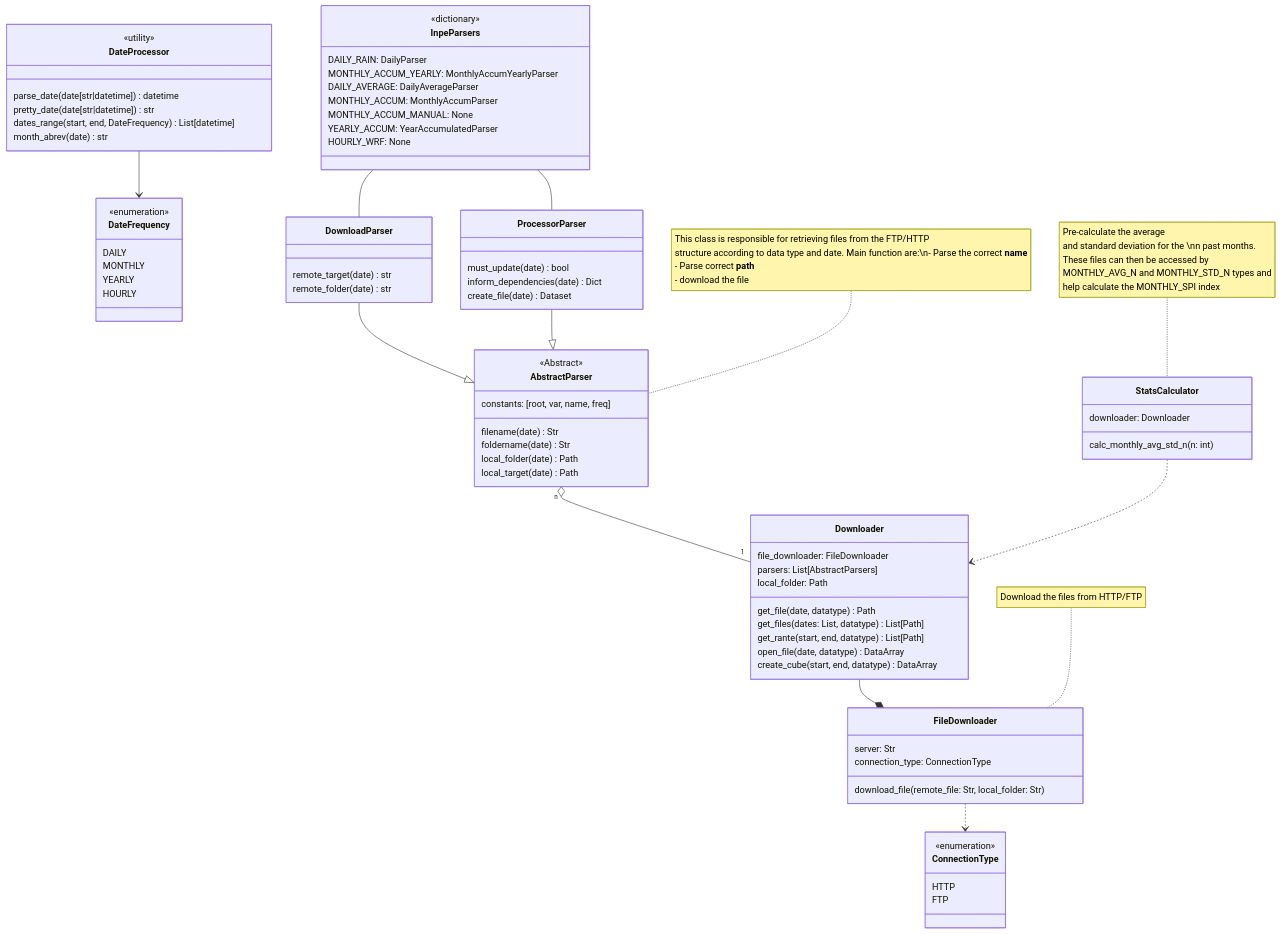
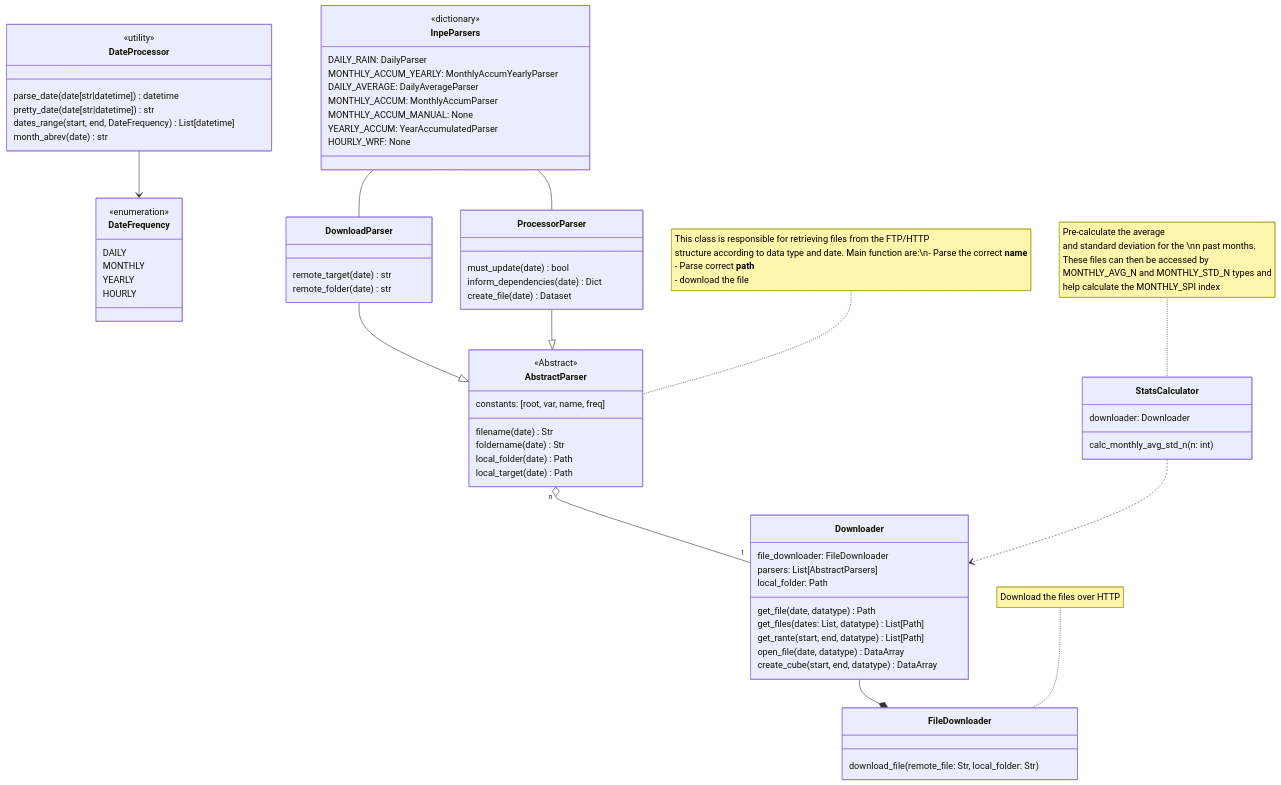
One commit to cordmaur/merge-downloader changed the diagram in README.md. Above: the diagram before and after it, drawn with Mermaid. The commit also changed other lines of this file and 14 other files, not shown here.

```diff
--- a/README.md
+++ b/README.md
@@ -49,17 +49,9 @@
         create_file(date) Dataset
     }
 
-    note for FileDownloader "Download the files from HTTP/FTP" 
+    note for FileDownloader "Download the files over HTTP" 
     class FileDownloader {
-        server: Str
-        connection_type: ConnectionType
         download_file(remote_file: Str, local_folder: Str)
-    }
-
-    class ConnectionType{
-        <<enumeration>>
-        HTTP
-        FTP
     }
 
 
@@ -110,7 +102,6 @@
 InpeParsers -- ProcessorParser
 ProcessorParser --|> AbstractParser
 DownloadParser --|> AbstractParser
-FileDownloader ..> ConnectionType
 AbstractParser "n" o-- "1" Downloader
 Downloader --* FileDownloader
 StatsCalculator ..> Downloader  
```
